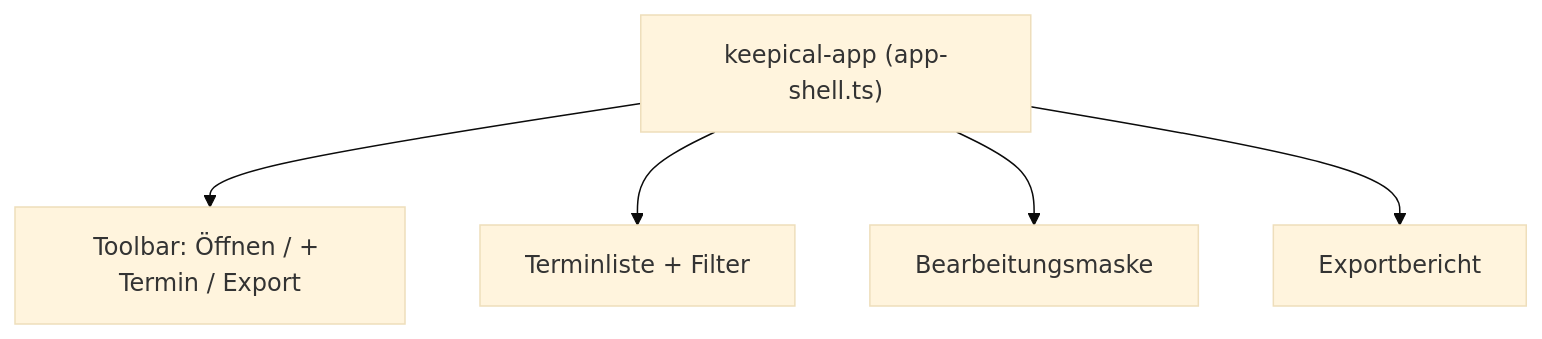
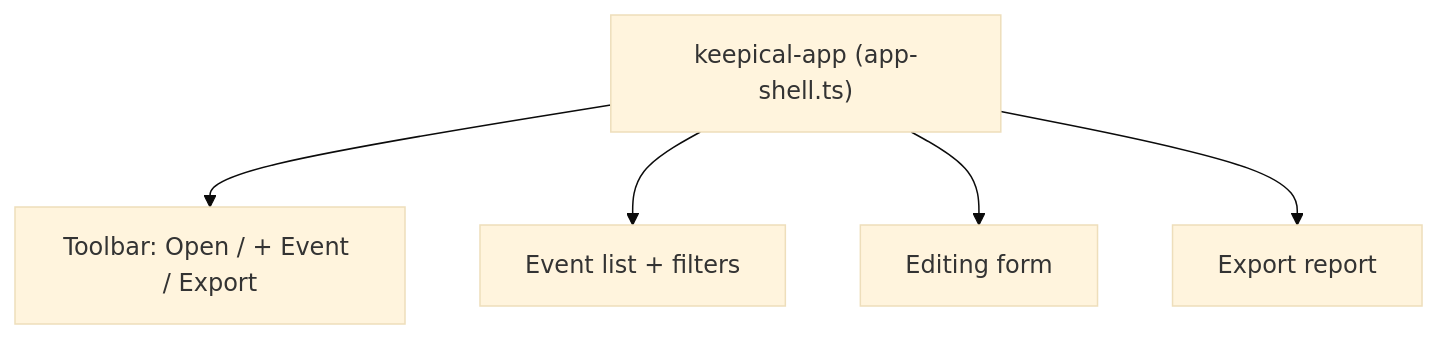
Before and after one commit to clavicarius/ics-editor: the diagram in docs/UI.md, drawn with Mermaid (base theme). The commit also changed other lines of this file and 12 other files, not shown here.

````diff
--- a/docs/UI.md
+++ b/docs/UI.md
@@ -10,7 +10,7 @@
 ```mermaid
 flowchart TD
-  App["keepical-app (app-shell.ts)"] --> Toolbar["Toolbar: Öffnen / + Termin / Export"]
-  App --> List["Terminliste + Filter"]
-  App --> Editor["Bearbeitungsmaske"]
-  App --> Report["Exportbericht"]
+  App["keepical-app (app-shell.ts)"] --> Toolbar["Toolbar: Open / + Event / Export"]
+  App --> List["Event list + filters"]
+  App --> Editor["Editing form"]
+  App --> Report["Export report"]
 ```
````
